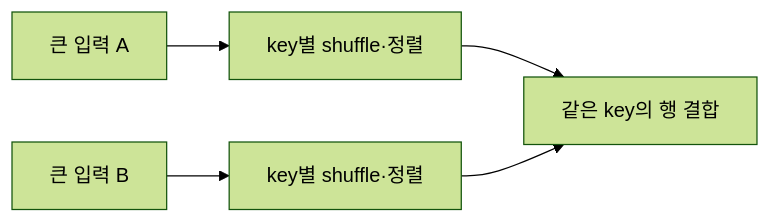
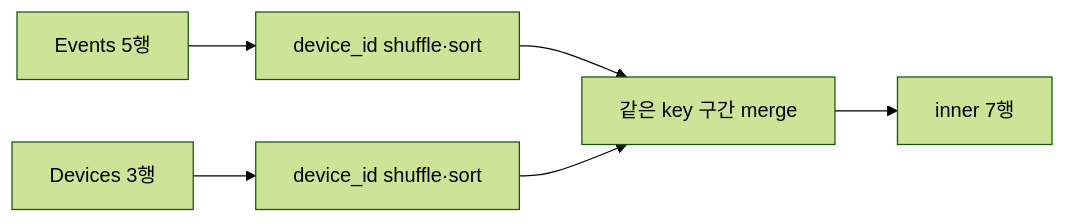
Before and after one commit to mj006648/netai-devsecops-runbook: the diagram in learning/apache-spark/05-joins-and-aqe.md, drawn with Mermaid (forest theme). The commit also changed other lines of this file and 68 other files, not shown here.

````diff
--- a/learning/apache-spark/05-joins-and-aqe.md
+++ b/learning/apache-spark/05-joins-and-aqe.md
@@ -131,7 +122,8 @@
-```mermaid
+~~~mermaid
 flowchart LR
-    A["큰 입력 A"] --> X["key별 shuffle·정렬"]
-    B["큰 입력 B"] --> Y["key별 shuffle·정렬"]
-    X --> J["같은 key의 행 결합"]
-    Y --> J
-```
+    E["Events 5행"] --> EX["device_id shuffle·sort"]
+    D["Devices 3행"] --> DX["device_id shuffle·sort"]
+    EX --> J["같은 key 구간 merge"]
+    DX --> J
+    J --> O["inner 7행"]
+~~~
````
